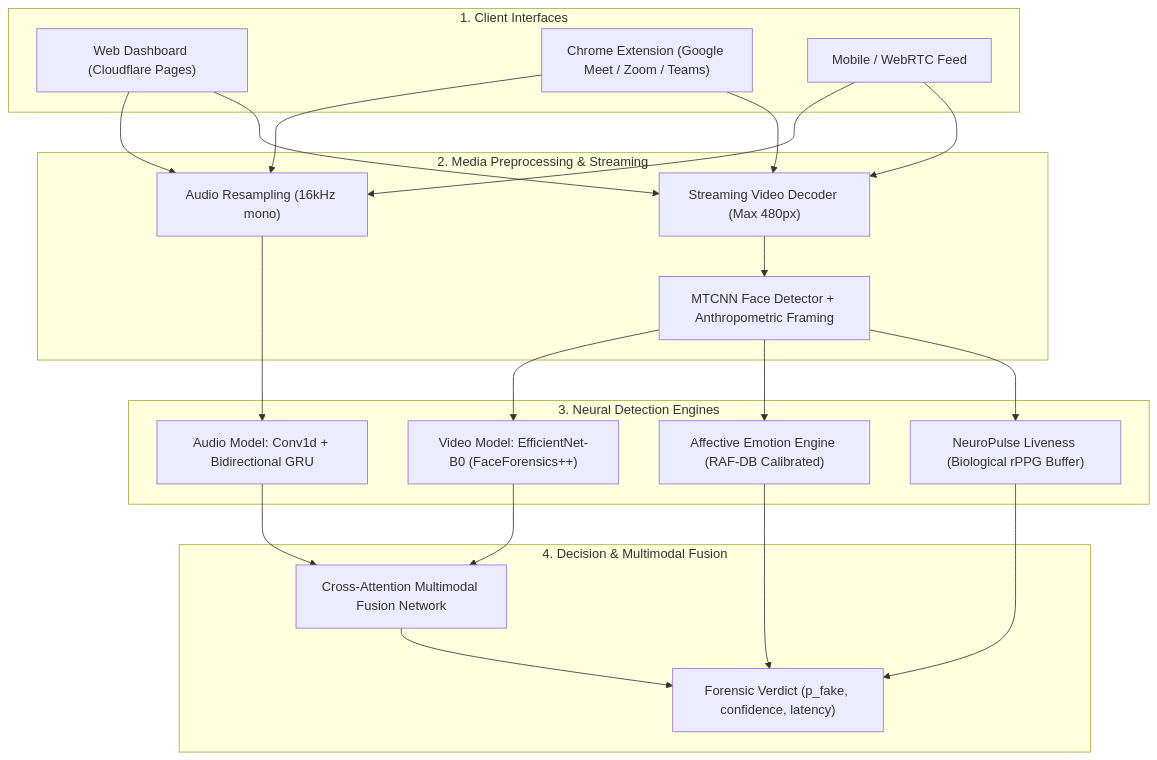
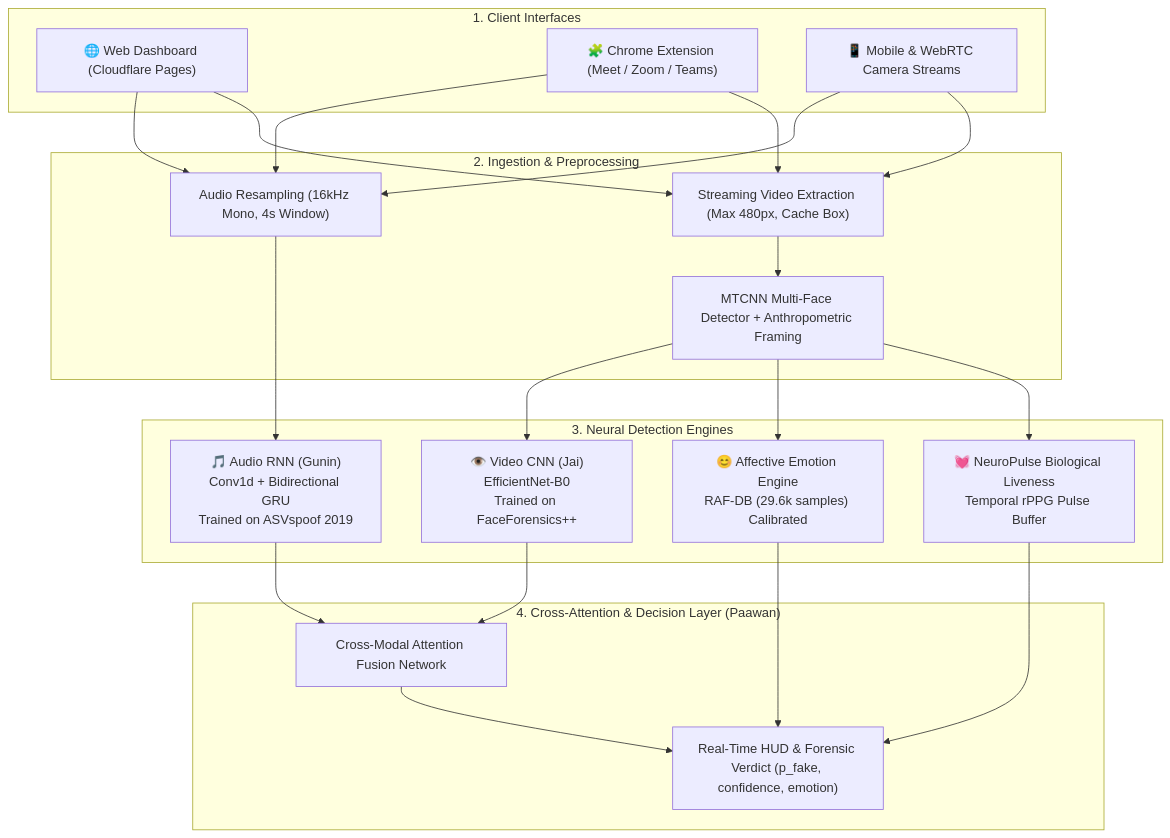
One commit to PaawanParwani/deepfake-shield changed the diagram in README.md. Above: the diagram before and after it, drawn with Mermaid. The commit also changed other lines of this file, not shown here.

Commit message:
docs: enrich README with team attribution (Gunin, Jai, Paawan), Google Colab workflow, benchmarks, and architecture

````diff
--- a/README.md
+++ b/README.md
@@ -25,41 +33,41 @@
 ```mermaid
 flowchart TD
     subgraph ClientLayer ["1. Client Interfaces"]
-        W["Web Dashboard (Cloudflare Pages)"]
-        E["Chrome Extension (Google Meet / Zoom / Teams)"]
-        M["Mobile / WebRTC Feed"]
+        W["🌐 Web Dashboard (Cloudflare Pages)"]
+        E["🧩 Chrome Extension (Meet / Zoom / Teams)"]
+        A["📱 Mobile & WebRTC Camera Streams"]
     end
 
-    subgraph Ingestion ["2. Media Preprocessing & Streaming"]
-        AF["Audio Resampling (16kHz mono)"]
-        VF["Streaming Video Decoder (Max 480px)"]
-        MT["MTCNN Face Detector + Anthropometric Framing"]
+    subgraph Preprocessing ["2. Ingestion & Preprocessing"]
+        AF["Audio Resampling (16kHz Mono, 4s Window)"]
+        VF["Streaming Video Extraction (Max 480px, Cache Box)"]
+        MT["MTCNN Multi-Face Detector + Anthropometric Framing"]
     end
 
-    subgraph ModelLayer ["3. Neural Detection Engines"]
-        AM["Audio Model: Conv1d + Bidirectional GRU"]
-        VM["Video Model: EfficientNet-B0 (FaceForensics++)"]
-        EM["Affective Emotion Engine (RAF-DB Calibrated)"]
-        NP["NeuroPulse Liveness (Biological rPPG Buffer)"]
+    subgraph Models ["3. Neural Detection Engines"]
+        RNN["🎵 Audio RNN (Gunin)<br/>Conv1d + Bidirectional GRU<br/>Trained on ASVspoof 2019"]
+        CNN["👁️ Video CNN (Jai)<br/>EfficientNet-B0<br/>Trained on FaceForensics++"]
+        EMO["😊 Affective Emotion Engine<br/>RAF-DB (29.6k samples) Calibrated"]
+        BIO["💓 NeuroPulse Biological Liveness<br/>Temporal rPPG Pulse Buffer"]
     end
 
-    subgraph FusionLayer ["4. Decision & Multimodal Fusion"]
-        CA["Cross-Attention Multimodal Fusion Network"]
-        OUT["Forensic Verdict (p_fake, confidence, latency)"]
+    subgraph Fusion ["4. Cross-Attention & Decision Layer (Paawan)"]
+        CA["Cross-Modal Attention Fusion Network"]
+        HUD["Real-Time HUD & Forensic Verdict (p_fake, confidence, emotion)"]
     end
 
     W --> AF & VF
     E --> AF & VF
-    M --> AF & VF
+    A --> AF & VF
 
-    AF --> AM
-    VF --> MT --> VM
-    MT --> EM
-    MT --> NP
+    AF --> RNN
+    VF --> MT --> CNN
+    MT --> EMO
+    MT --> BIO
 
-    AM --> CA
-    VM --> CA
-    EM --> OUT
-    NP --> OUT
-    CA --> OUT
+    RNN --> CA
+    CNN --> CA
+    EMO --> HUD
+    BIO --> HUD
+    CA --> HUD
 ```
````
